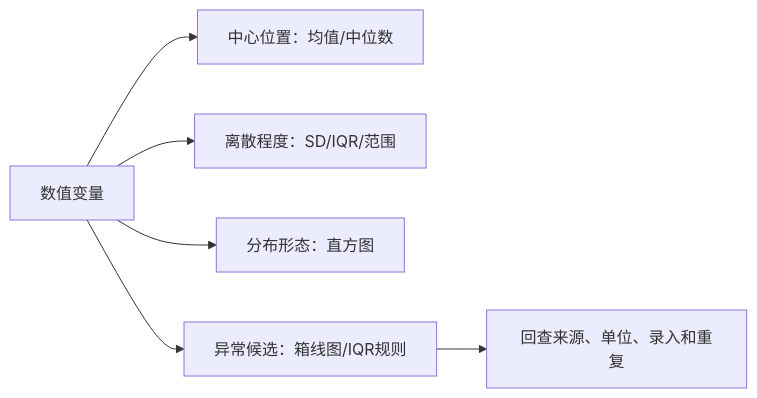
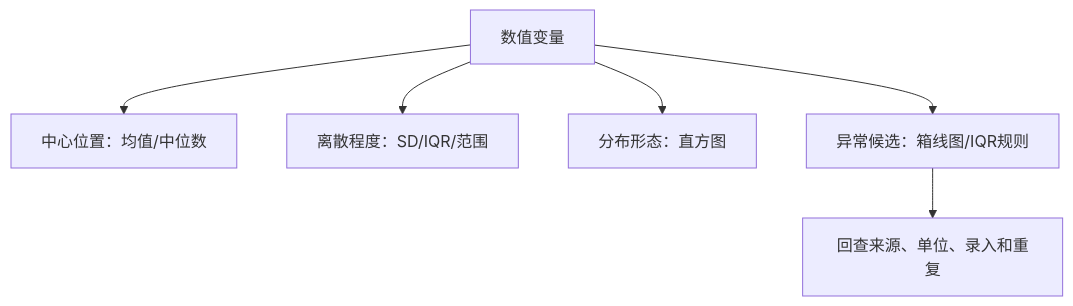
Before and after one commit to luvega/AI_MED_DataVis: the second of 3 diagrams in docs/chapters/chapter-6/index.md, drawn with Mermaid. The commit also changed other lines of this file and 30 other files, not shown here.

Commit message:
Redraw textbook diagrams and correct data-flow relationships

````diff
--- a/docs/chapters/chapter-6/index.md
+++ b/docs/chapters/chapter-6/index.md
@@ -479,8 +478,8 @@
 ```mermaid
-flowchart LR
+flowchart TB
   A["数值变量"] --> B["中心位置：均值/中位数"]
   A --> C["离散程度：SD/IQR/范围"]
   A --> D["分布形态：直方图"]
   A --> E["异常候选：箱线图/IQR规则"]
   E --> F["回查来源、单位、录入和重复"]
 ```
````
